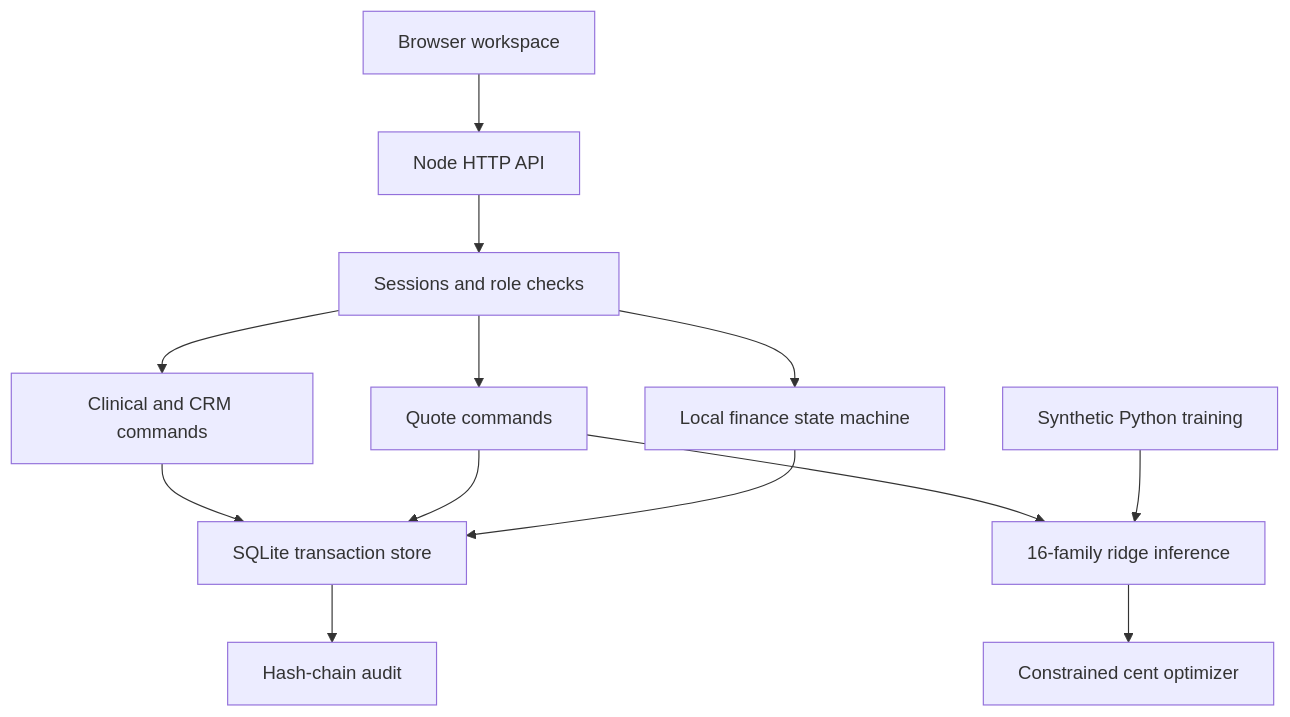
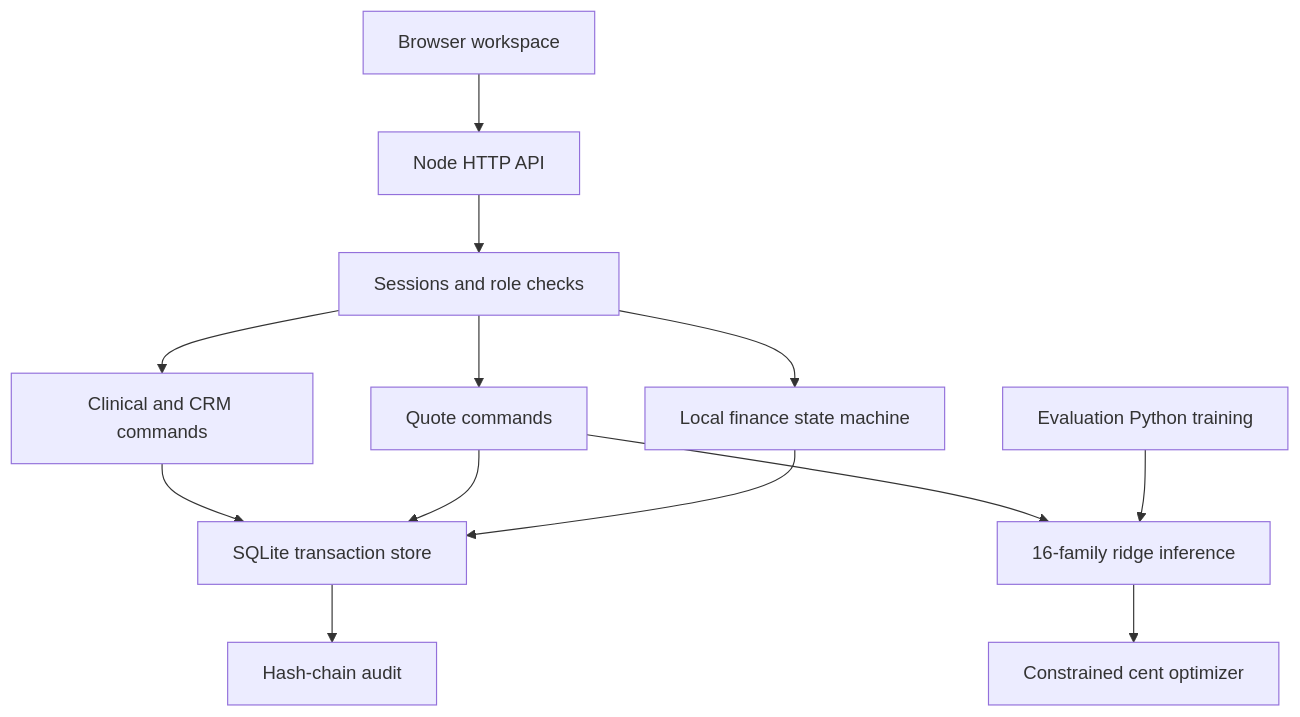
Before and after one commit to anmensah44-spec/dental-pricing-ai-prototype: the diagram in docs/architecture/SOLUTION.md, drawn with Mermaid. The commit also changed other lines of this file and 39 other files, not shown here.

Commit message:
Credit Andrews Mensah's product and architecture leadership across pages, documentation and source code

````diff
--- a/docs/architecture/SOLUTION.md
+++ b/docs/architecture/SOLUTION.md
@@ -3,15 +3,15 @@
 ```mermaid
 flowchart TD
  UI[Browser workspace] --> H[Node HTTP API]
  H --> S[Sessions and role checks]
  S --> C[Clinical and CRM commands]
  S --> Q[Quote commands]
  Q --> M[16-family ridge inference]
  M --> O[Constrained cent optimizer]
  S --> F[Local finance state machine]
  C --> D[SQLite transaction store]
  Q --> D
  F --> D
  D --> A[Hash-chain audit]
- T[Synthetic Python training] --> M
+ T[Evaluation Python training] --> M
 ```
````
